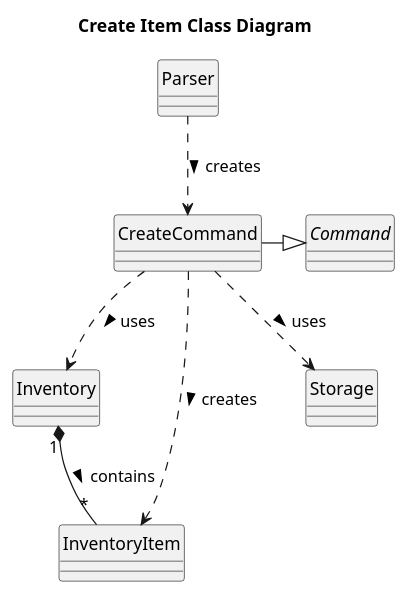
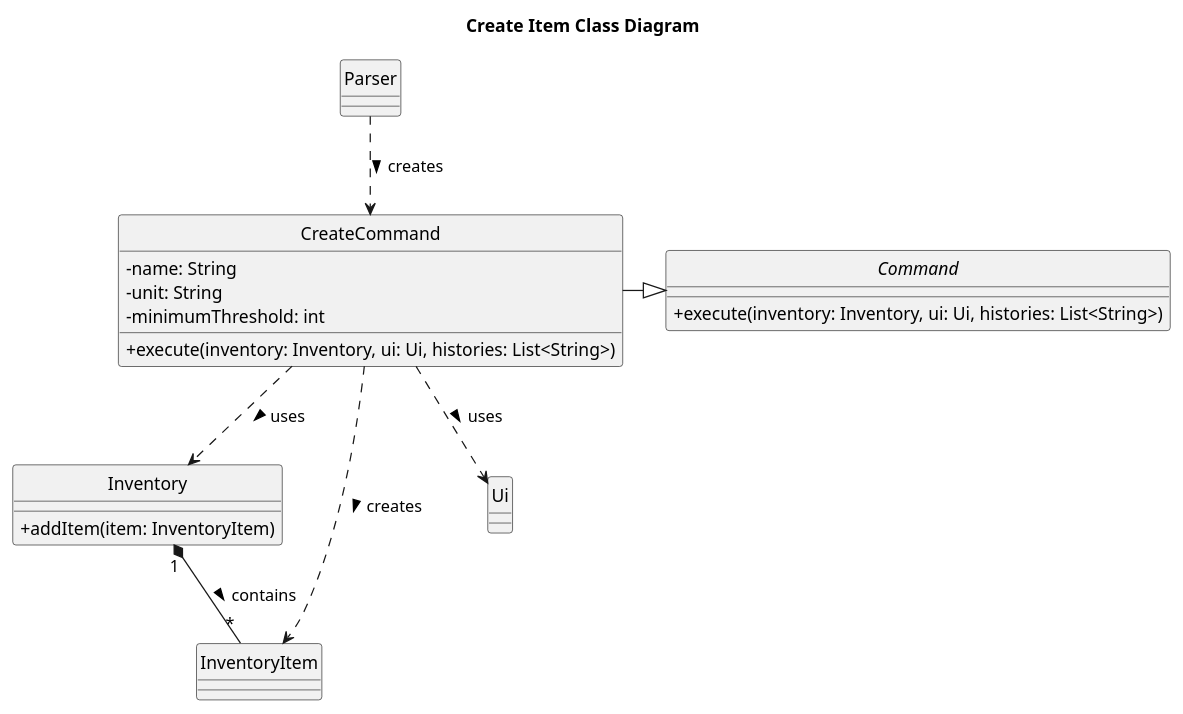
One commit to AY2526S2-CS2113-T05-2/tp changed the diagram in docs/uml/CreateCommandClassDiagram.puml. Above: the diagram before and after it, drawn with PlantUML.

Commit message:
Update CreateCommand Class diagram to reflect latest code structure

```diff
--- a/docs/uml/CreateCommandClassDiagram.puml
+++ b/docs/uml/CreateCommandClassDiagram.puml
@@ -1,28 +1,37 @@
 @startuml
 skinparam classAttributeIconSize 0
 hide circle
 
 title Create Item Class Diagram
 
 class Parser
 
-abstract class Command
+abstract class Command {
+    + execute(inventory: Inventory, ui: Ui, histories: List<String>)
+}
 
-class CreateCommand
+class CreateCommand {
+    - name: String
+    - unit: String
+    - minimumThreshold: int
+    + execute(inventory: Inventory, ui: Ui, histories: List<String>)
+}
 
-class Inventory
+class Inventory {
+    + addItem(item: InventoryItem)
+}
 
 class InventoryItem
 
-class Storage
+class Ui
 
 CreateCommand -|> Command
 
 Parser ..> CreateCommand : creates >
 CreateCommand ..> Inventory : uses >
-CreateCommand ..> Storage : uses >
 CreateCommand ..> InventoryItem : creates >
+CreateCommand ..> Ui : uses >
 
 Inventory "1" *-- "*" InventoryItem : contains >
 
 @enduml
```
